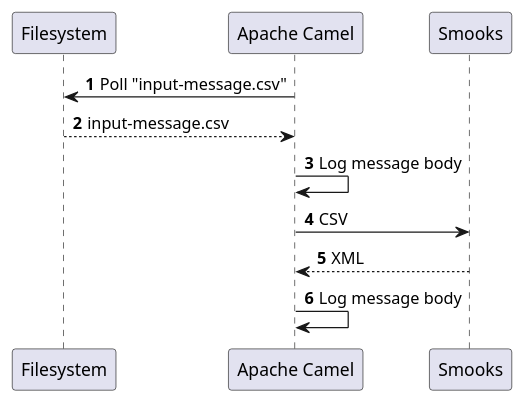
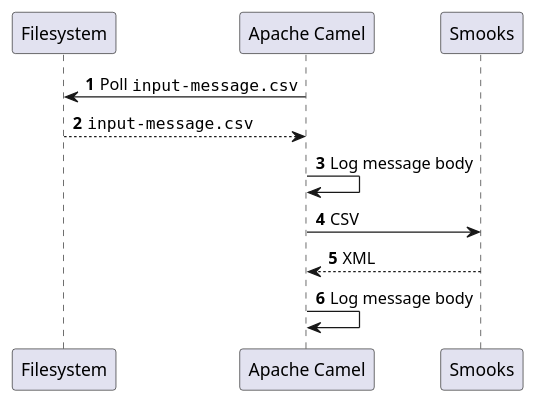
One commit to smooks/smooks-examples changed the diagram in camel/camel-csv-to-xml/README.md. Above: the diagram before and after it, drawn with PlantUML. The commit also changed other lines of this file and 4 other files, not shown here.

````diff
--- a/camel/camel-csv-to-xml/README.md
+++ b/camel/camel-csv-to-xml/README.md
@@ -45,12 +59,12 @@
 ```plantuml
 @startuml
 autonumber
 
-Filesystem <- "Apache Camel": Poll "input-message.csv"
-Filesystem --> "Apache Camel": input-message.csv
+Filesystem <- "Apache Camel": Poll ""input-message.csv""
+Filesystem --> "Apache Camel": ""input-message.csv""
 "Apache Camel" -> "Apache Camel": Log message body
 "Apache Camel" -> Smooks: CSV
 Smooks --> "Apache Camel": XML
 "Apache Camel" -> "Apache Camel": Log message body
 @enduml
 ```
````
